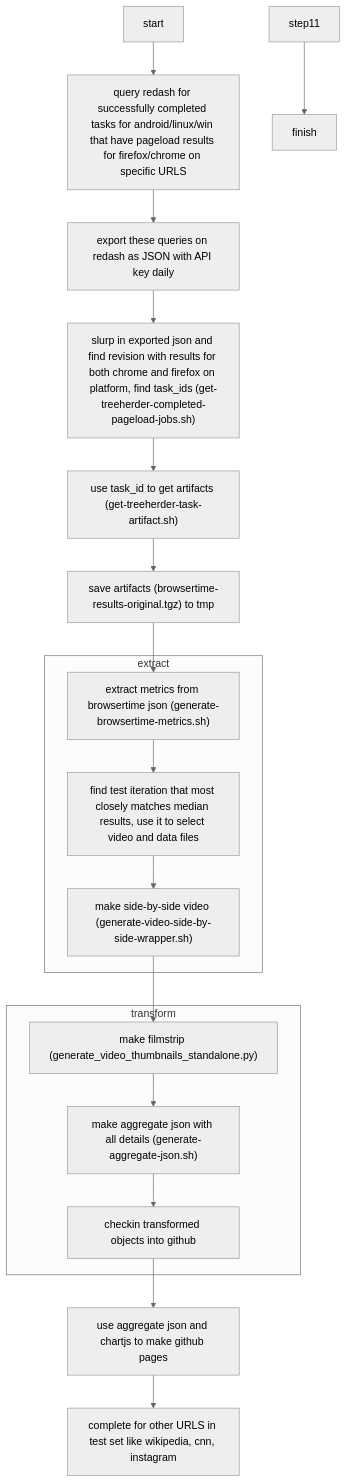
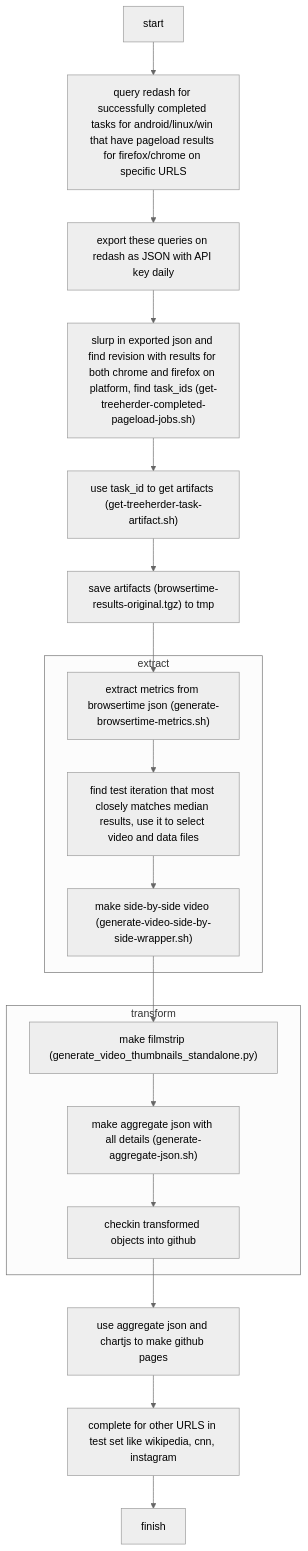
Before and after one commit to bdekoz/mozilla-data-pageload: the diagram in docs/process-etl-to-display-flowchart.mmd, drawn with Mermaid (neutral theme).

Commit message:
fix flowchart syntax 6 connect nodes

```diff
--- a/docs/process-etl-to-display-flowchart.mmd
+++ b/docs/process-etl-to-display-flowchart.mmd
@@ -1,19 +1,19 @@
 flowchart TB
 	  start --> step1[query redash for successfully completed tasks for android/linux/win that have pageload results for firefox/chrome on specific URLS]
 	  step1 --> step2[export these queries on redash as JSON with API key daily]
 	  step2 --> step3["slurp in exported json and find revision with results for both chrome and firefox on platform, find task_ids (get-treeherder-completed-pageload-jobs.sh)"]
 	  step3 --> step4["use task_id to get artifacts (get-treeherder-task-artifact.sh)"]
 	  step4 --> step5["save artifacts (browsertime-results-original.tgz) to tmp"]
 	  step5 --> step6a["extract metrics from browsertime json (generate-browsertime-metrics.sh)"]
 	  subgraph extract
 	  step6a --> step6b["find test iteration that most closely matches median results, use it to select video and data files"]
 	  step6b --> step7a["make side-by-side video (generate-video-side-by-side-wrapper.sh)"]
 	  end
 	  subgraph transform
 	  step7a --> step7b["make filmstrip (generate_video_thumbnails_standalone.py)"]
 	  step7b --> step7c["make aggregate json with all details (generate-aggregate-json.sh)"]
 	  step7c --> step8["checkin transformed objects into github"]
 	  end
 	  step8 --> step9["use aggregate json and chartjs to make github pages"]
 	  step9 --> step10["complete for other URLS in test set like wikipedia, cnn, instagram"]
-	  step11 --> step12["finish"]
+	  step10 --> step11["finish"]
```
